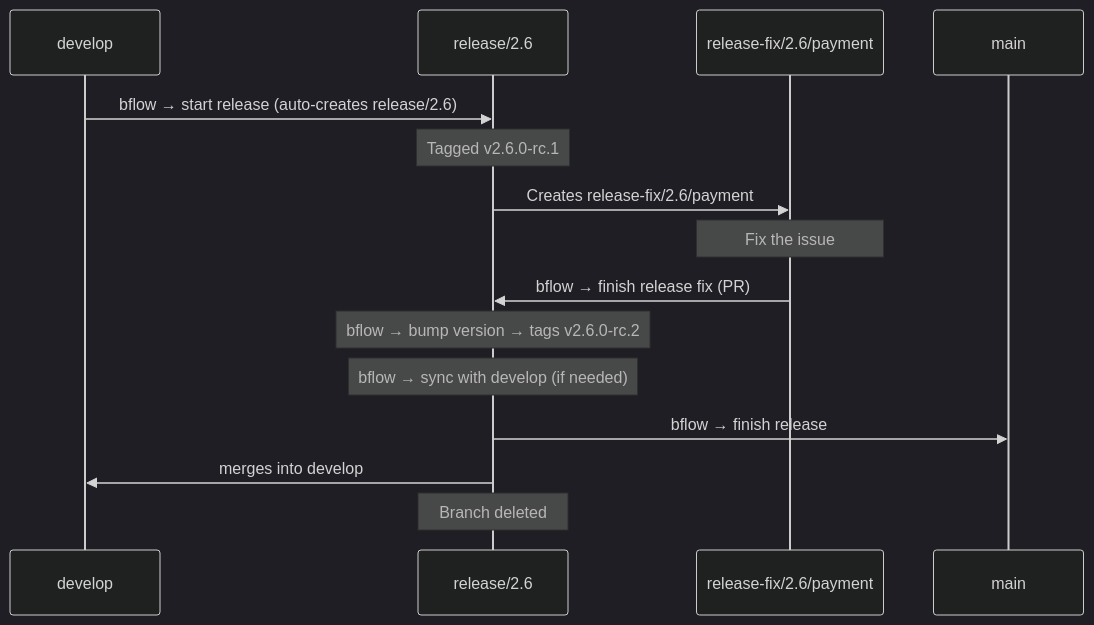
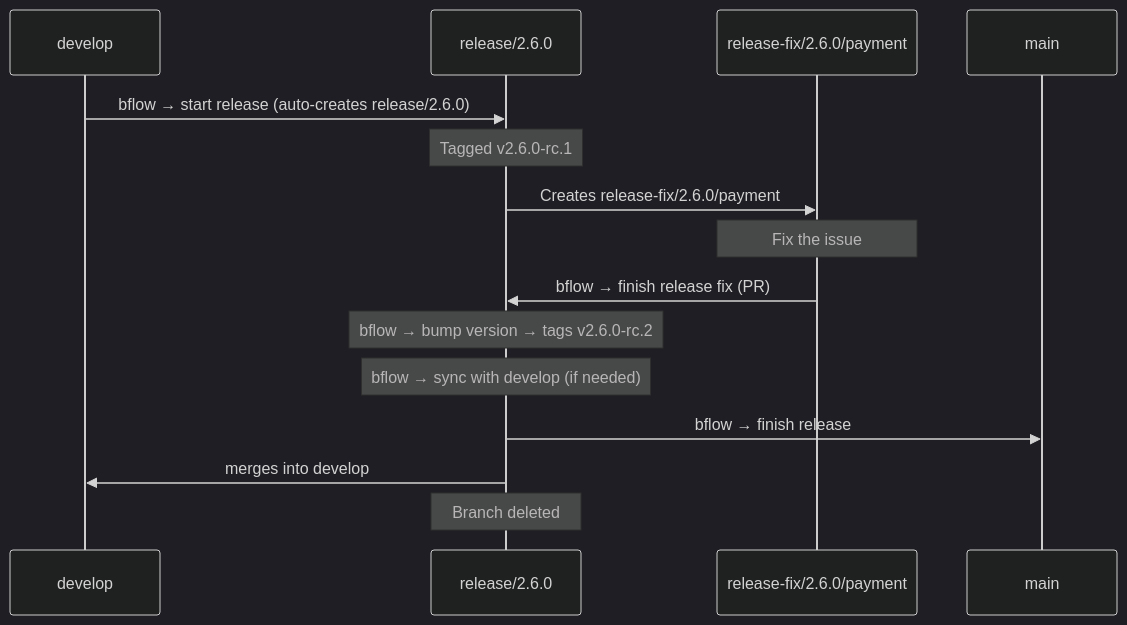
The third of 6 diagrams in README.md (Beans-BV/beans-gitflow), drawn with Mermaid (dark theme) before and after one commit. The commit also changed other lines of this file and 7 other files, not shown here.

````diff
--- a/README.md
+++ b/README.md
@@ -222,18 +222,18 @@
 ```mermaid
 sequenceDiagram
     participant D as develop
-    participant R as release/2.6
-    participant RF as release-fix/2.6/payment
+    participant R as release/2.6.0
+    participant RF as release-fix/2.6.0/payment
     participant M as main
 
-    D->>R: bflow → start release (auto-creates release/2.6)
+    D->>R: bflow → start release (auto-creates release/2.6.0)
     Note over R: Tagged v2.6.0-rc.1
-    R->>RF: Creates release-fix/2.6/payment
+    R->>RF: Creates release-fix/2.6.0/payment
     Note over RF: Fix the issue
     RF->>R: bflow → finish release fix (PR)
     Note over R: bflow → bump version → tags v2.6.0-rc.2
     Note over R: bflow → sync with develop (if needed)
     R->>M: bflow → finish release
     R->>D: merges into develop
     Note over R: Branch deleted
 ```
````
